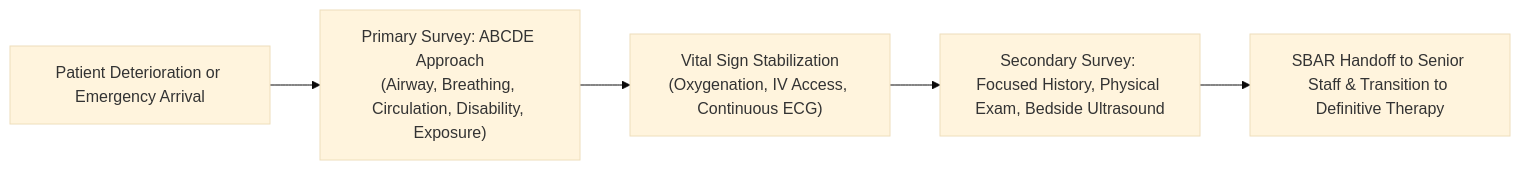
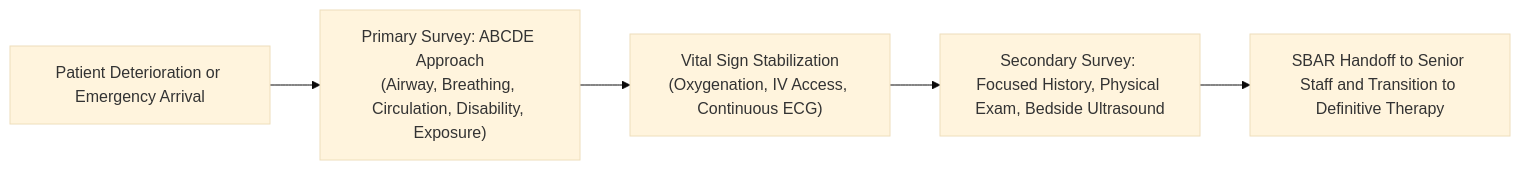
The fourth of 7 diagrams in content/post/medical-doctor-education-qualifications-specialties/index.en.md (kenjinote/blog), drawn with Mermaid (base theme) before and after one commit. The commit also changed other lines of this file and 12 other files, not shown here.

Commit message:
fix(medical-doctor): resolve mermaid syntax error in subgraph and fix unrendered bold asterisks

````diff
--- a/content/post/medical-doctor-education-qualifications-specialties/index.en.md
+++ b/content/post/medical-doctor-education-qualifications-specialties/index.en.md
@@ -200,7 +200,7 @@
 ```mermaid
 flowchart LR
     A["Patient Deterioration or Emergency Arrival"] --> B["Primary Survey: ABCDE Approach<br/>(Airway, Breathing, Circulation, Disability, Exposure)"]
     B --> C["Vital Sign Stabilization<br/>(Oxygenation, IV Access, Continuous ECG)"]
     C --> D["Secondary Survey: Focused History, Physical Exam, Bedside Ultrasound"]
-    D --> E["SBAR Handoff to Senior Staff & Transition to Definitive Therapy"]
+    D --> E["SBAR Handoff to Senior Staff and Transition to Definitive Therapy"]
 ```
````
